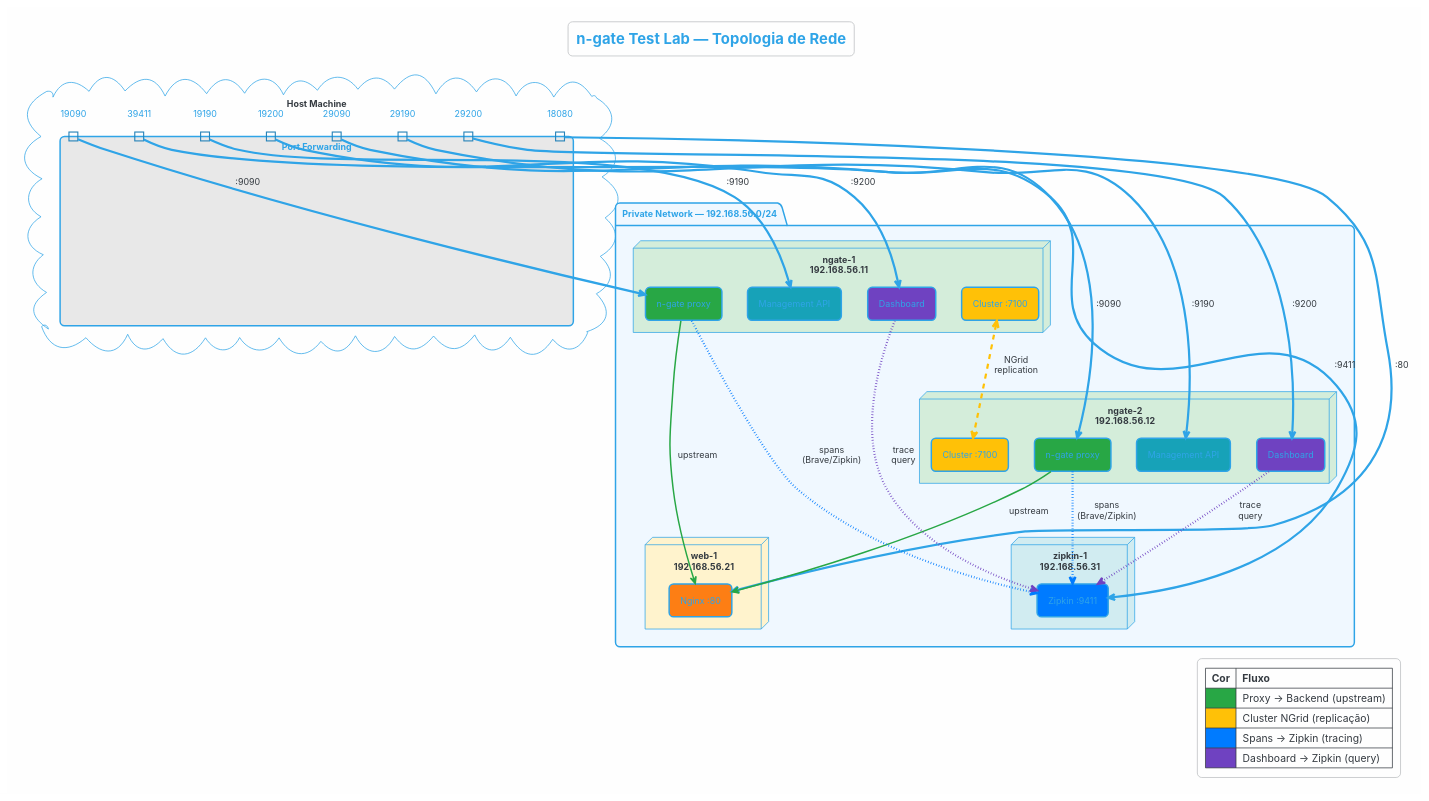
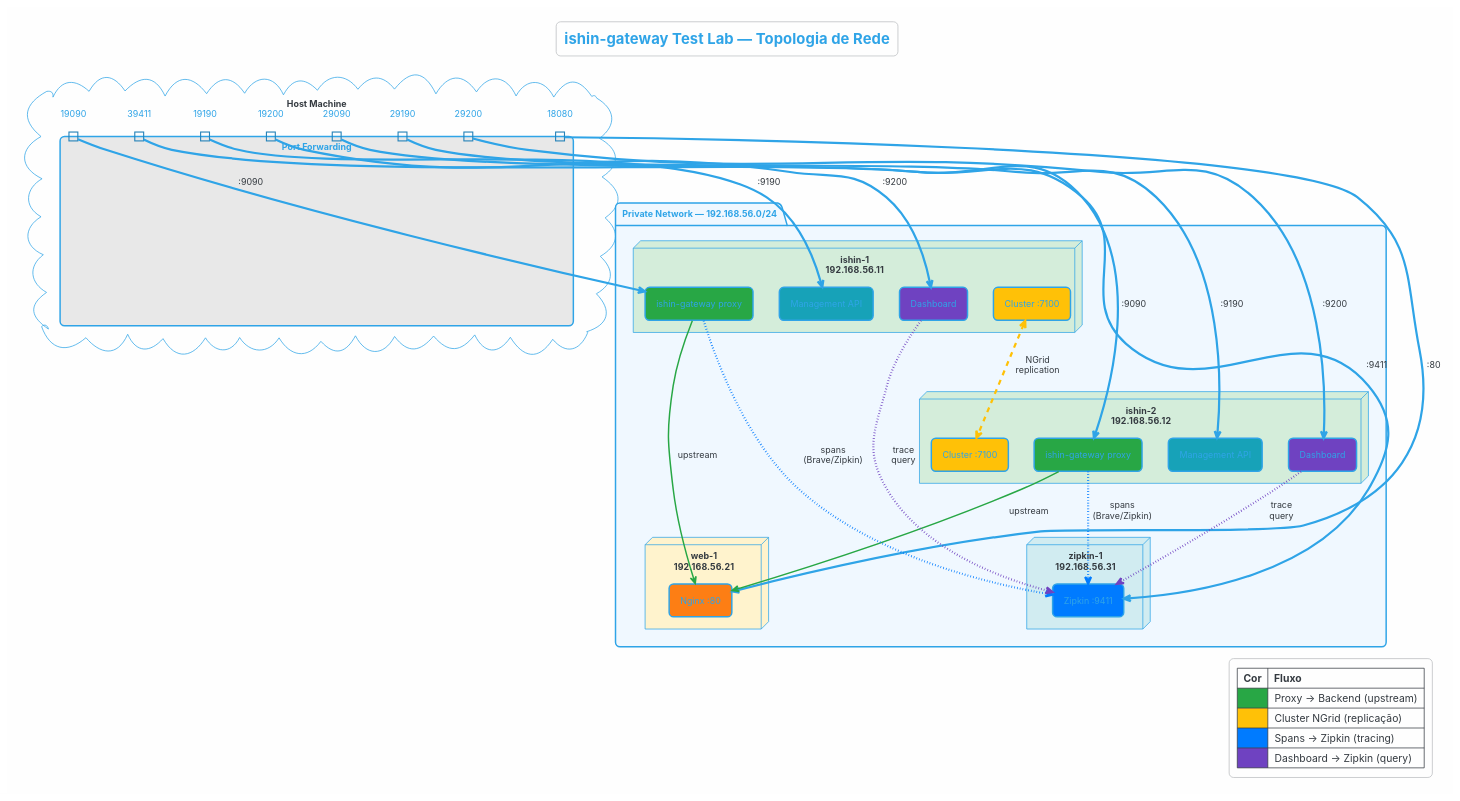
The diagram in docs/diagrams/lab_topology.puml (nishisan-dev/ishin-gateway-test-case), drawn with PlantUML before and after one commit. The commit also changed 8 other files, not shown here.

Commit message:
refactor: rename n-gate to ishin-gateway across test-case

```diff
--- a/docs/diagrams/lab_topology.puml
+++ b/docs/diagrams/lab_topology.puml
@@ -1,80 +1,80 @@
 @startuml lab_topology
 !theme cerulean-outline
 skinparam backgroundColor #FEFEFE
 skinparam roundCorner 12
 skinparam defaultFontName Inter
 
-title n-gate Test Lab — Topologia de Rede
+title ishin-gateway Test Lab — Topologia de Rede
 
 cloud "Host Machine" as host {
   rectangle "Port Forwarding" as pf #E8E8E8 {
     portin "19090" as p19090
     portin "29090" as p29090
     portin "19190" as p19190
     portin "29190" as p29190
     portin "19200" as p19200
     portin "29200" as p29200
     portin "18080" as p18080
     portin "39411" as p39411
   }
 }
 
 package "Private Network — 192.168.56.0/24" as net #F0F8FF {
 
-  node "ngate-1\n192.168.56.11" as ngate1 #D4EDDA {
-    rectangle "n-gate proxy" as proxy1 #28A745
+  node "ishin-1\n192.168.56.11" as ishin1 #D4EDDA {
+    rectangle "ishin-gateway proxy" as proxy1 #28A745
     rectangle "Management API" as mgmt1 #17A2B8
     rectangle "Dashboard" as dash1 #6F42C1
     rectangle "Cluster :7100" as cluster1 #FFC107
   }
 
-  node "ngate-2\n192.168.56.12" as ngate2 #D4EDDA {
-    rectangle "n-gate proxy" as proxy2 #28A745
+  node "ishin-2\n192.168.56.12" as ishin2 #D4EDDA {
+    rectangle "ishin-gateway proxy" as proxy2 #28A745
     rectangle "Management API" as mgmt2 #17A2B8
     rectangle "Dashboard" as dash2 #6F42C1
     rectangle "Cluster :7100" as cluster2 #FFC107
   }
 
   node "web-1\n192.168.56.21" as web1 #FFF3CD {
     rectangle "Nginx :80" as nginx #FD7E14
   }
 
   node "zipkin-1\n192.168.56.31" as zipkin1 #D1ECF1 {
     rectangle "Zipkin :9411" as zipkin #007BFF
   }
 }
 
 ' ─── Port Forwarding ───
 p19090 --> proxy1 : :9090
 p29090 --> proxy2 : :9090
 p19190 --> mgmt1 : :9190
 p29190 --> mgmt2 : :9190
 p19200 --> dash1 : :9200
 p29200 --> dash2 : :9200
 p18080 --> nginx : :80
 p39411 --> zipkin : :9411
 
 ' ─── Proxy → Backend ───
 proxy1 -[#28A745,bold]-> nginx : upstream
 proxy2 -[#28A745,bold]-> nginx : upstream
 
 ' ─── Cluster NGrid ───
 cluster1 <-[#FFC107,dashed]-> cluster2 : NGrid\nreplication
 
 ' ─── Tracing (spans) ───
 proxy1 -[#007BFF,dotted]-> zipkin : spans\n(Brave/Zipkin)
 proxy2 -[#007BFF,dotted]-> zipkin : spans\n(Brave/Zipkin)
 
 ' ─── Dashboard → Zipkin (query proxy) ───
 dash1 -[#6F42C1,dotted]-> zipkin : trace\nquery
 dash2 -[#6F42C1,dotted]-> zipkin : trace\nquery
 
 legend right
   |= Cor |= Fluxo |
   | <#28A745> | Proxy → Backend (upstream) |
   | <#FFC107> | Cluster NGrid (replicação) |
   | <#007BFF> | Spans → Zipkin (tracing) |
   | <#6F42C1> | Dashboard → Zipkin (query) |
 endlegend
 
 @enduml
```
